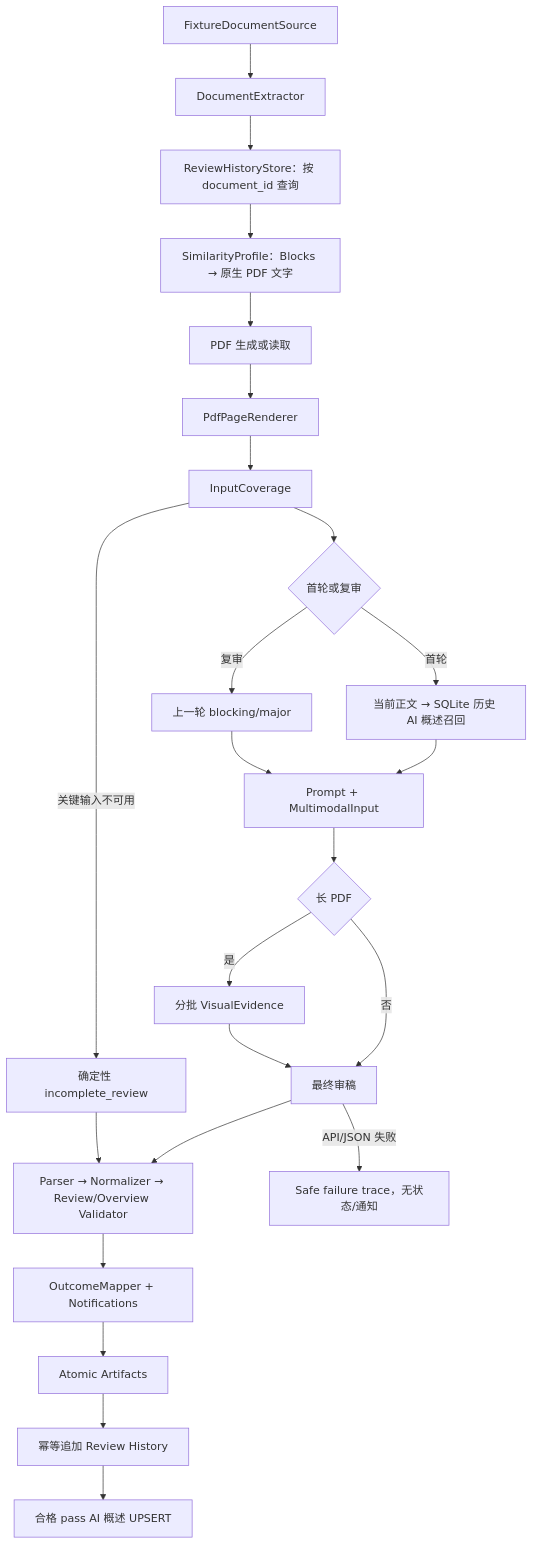
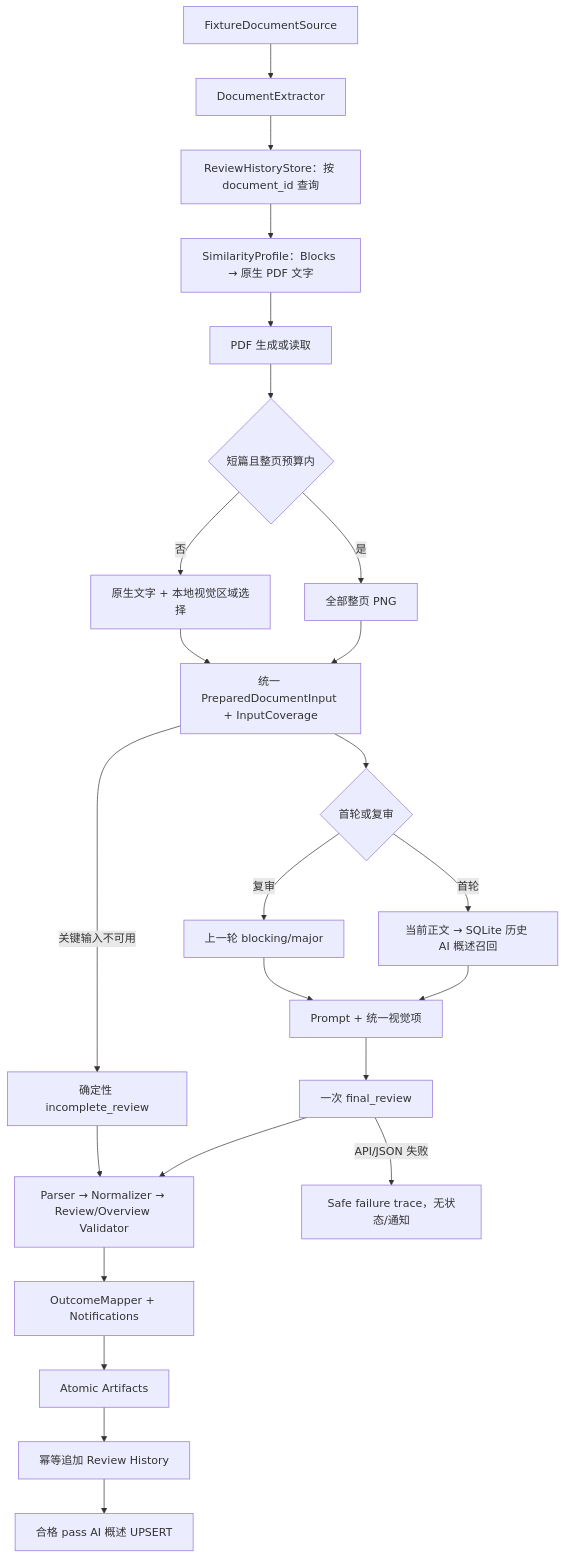
The diagram in docs/architecture.md (MuYi150/offline_feishu_agent), drawn with Mermaid before and after one commit. The commit also changed other lines of this file and 33 other files, not shown here.

````diff
--- a/docs/architecture.md
+++ b/docs/architecture.md
@@ -7,26 +7,26 @@
 ```mermaid
 flowchart TD
     F["FixtureDocumentSource"] --> E["DocumentExtractor"]
     E --> D["ReviewHistoryStore：按 document_id 查询"]
     D --> T["SimilarityProfile：Blocks → 原生 PDF 文字"]
     T --> P["PDF 生成或读取"]
-    P --> R["PdfPageRenderer"]
-    R --> C["InputCoverage"]
+    P --> R{"短篇且整页预算内"}
+    R -->|是| F1["全部整页 PNG"]
+    R -->|否| F2["原生文字 + 本地视觉区域选择"]
+    F1 --> C["统一 PreparedDocumentInput + InputCoverage"]
+    F2 --> C
     C --> M{"首轮或复审"}
     M -->|首轮| S["当前正文 → SQLite 历史 AI 概述召回"]
     M -->|复审| H["上一轮 blocking/major"]
-    S --> B["Prompt + MultimodalInput"]
+    S --> B["Prompt + 统一视觉项"]
     H --> B
-    B --> L{"长 PDF"}
-    L -->|是| V["分批 VisualEvidence"]
-    L -->|否| K["最终审稿"]
-    V --> K
+    B --> K["一次 final_review"]
     K --> J["Parser → Normalizer → Review/Overview Validator"]
     J --> O["OutcomeMapper + Notifications"]
     O --> A["Atomic Artifacts"]
     A --> H2["幂等追加 Review History"]
     H2 --> U["合格 pass AI 概述 UPSERT"]
     C -->|关键输入不可用| I["确定性 incomplete_review"]
     I --> J
     K -->|API/JSON 失败| X["Safe failure trace，无状态/通知"]
 ```
````
